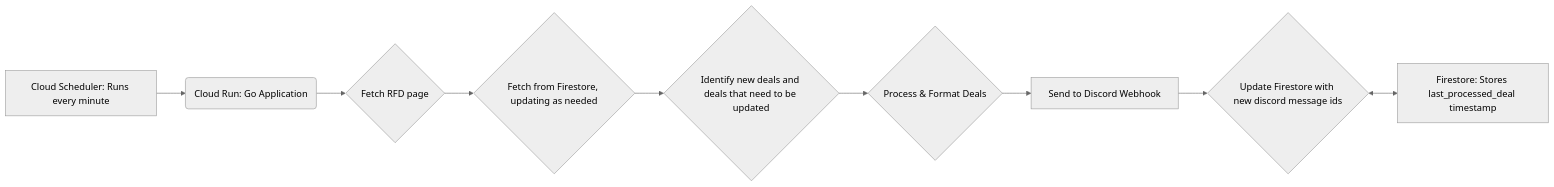
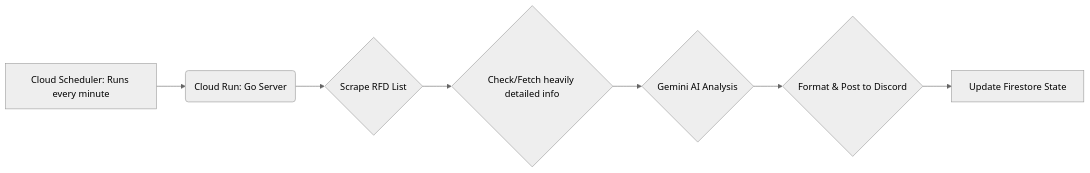
Before and after one commit to pauljones0/rfd-discord-bot: the diagram in README.md, drawn with Mermaid (neutral theme). The commit also changed other lines of this file and 1 other file, not shown here.

Commit message:
feat: Add Gemini AI integration and deep scraping, updating README to reflect new capabilities and deployment.

````diff
--- a/README.md
+++ b/README.md
@@ -27,11 +31,9 @@
 ```mermaid
 graph LR
-    A[Cloud Scheduler: Runs every minute] --> B(Cloud Run: Go Application)
-    B --> C{Fetch RFD page}
-    C --> D{Fetch from Firestore, updating as needed}
-    D --> E{Identify new deals and deals that need to be updated}
-    E --> F{Process & Format Deals}
-    F --> G[Send to Discord Webhook]
-    G --> H{Update Firestore with new discord message ids}
-    H <--> I[Firestore: Stores last_processed_deal timestamp]
+    A[Cloud Scheduler: Runs every minute] --> B(Cloud Run: Go Server)
+    B --> C{Scrape RFD List}
+    C --> D{Check/Fetch heavily detailed info}
+    D --> E{Gemini AI Analysis}
+    E --> F{Format & Post to Discord}
+    F --> G[Update Firestore State]
 ```
````
